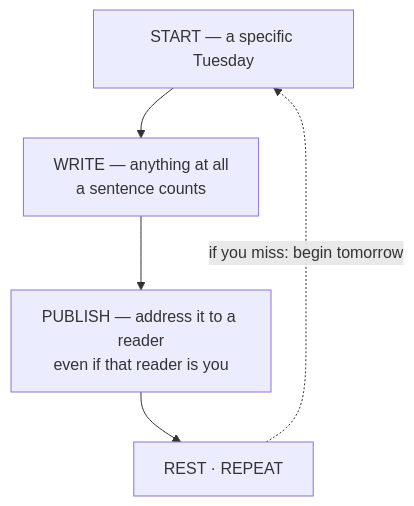
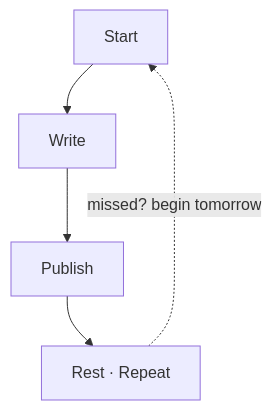
One commit to Nonarkara/100-days-of-solitude changed the second of 2 diagrams in README.md. Above: the diagram before and after it, drawn with Mermaid.

Commit message:
Shorten the practice-cycle mermaid so labels stay readable
GitHub clipped Tuesday and reader on the second How-to-read
flowchart. Use the book’s four node names; the prose already
carries the captions.

````diff
--- a/README.md
+++ b/README.md
@@ -110,7 +110,7 @@
 ```mermaid
 flowchart TD
-  Start["START — a specific Tuesday"] --> Write["WRITE — anything at all<br/>a sentence counts"]
-  Write --> Publish["PUBLISH — address it to a reader<br/>even if that reader is you"]
-  Publish --> Rest["REST · REPEAT"]
-  Rest -.->|"if you miss: begin tomorrow"| Start
+  Start[Start] --> Write[Write]
+  Write --> Publish[Publish]
+  Publish --> Rest[Rest · Repeat]
+  Rest -.->|missed? begin tomorrow| Start
 ```
````
